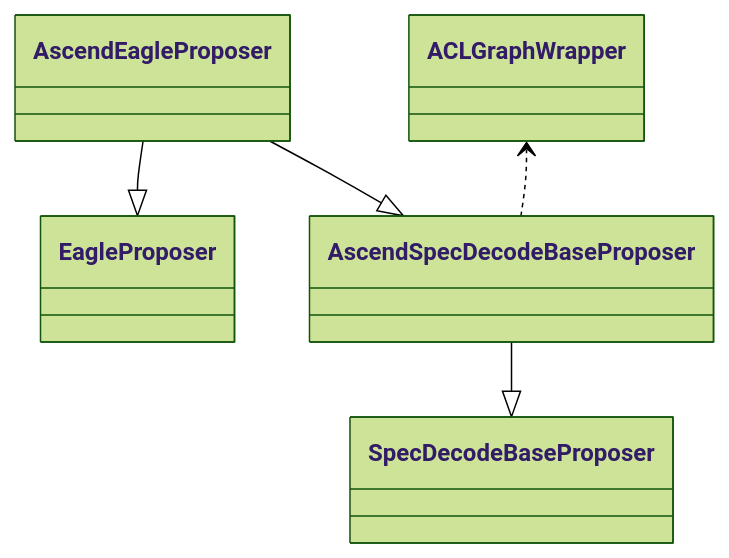
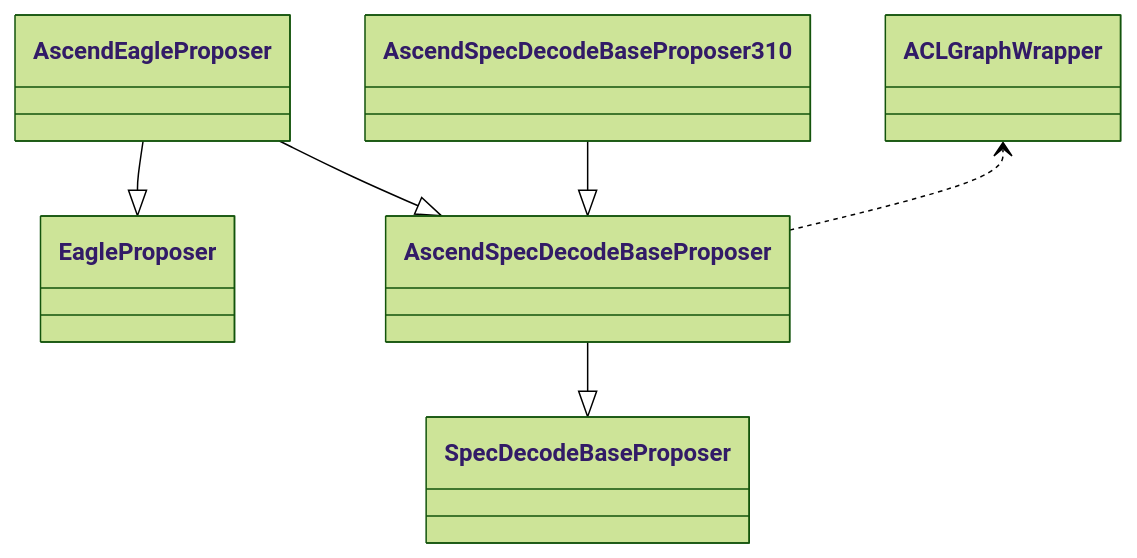
Before and after one commit to csoulnd/InferTechNote: the sixth of 8 diagrams in Work/MTP_DESIGN_310P.md, drawn with Mermaid (forest theme). The commit also changed other lines of this file, not shown here.

````diff
--- a/Work/MTP_DESIGN_310P.md
+++ b/Work/MTP_DESIGN_310P.md
@@ -198,13 +266,15 @@
 ```mermaid
 classDiagram
     direction BT
     class SpecDecodeBaseProposer
     class EagleProposer
     class AscendSpecDecodeBaseProposer
+    class AscendSpecDecodeBaseProposer310
     class AscendEagleProposer
     class ACLGraphWrapper
     SpecDecodeBaseProposer <|-- AscendSpecDecodeBaseProposer
     EagleProposer <|-- AscendEagleProposer
     AscendSpecDecodeBaseProposer <|-- AscendEagleProposer
+    AscendSpecDecodeBaseProposer <|-- AscendSpecDecodeBaseProposer310
     AscendSpecDecodeBaseProposer ..> ACLGraphWrapper
 ```
````
